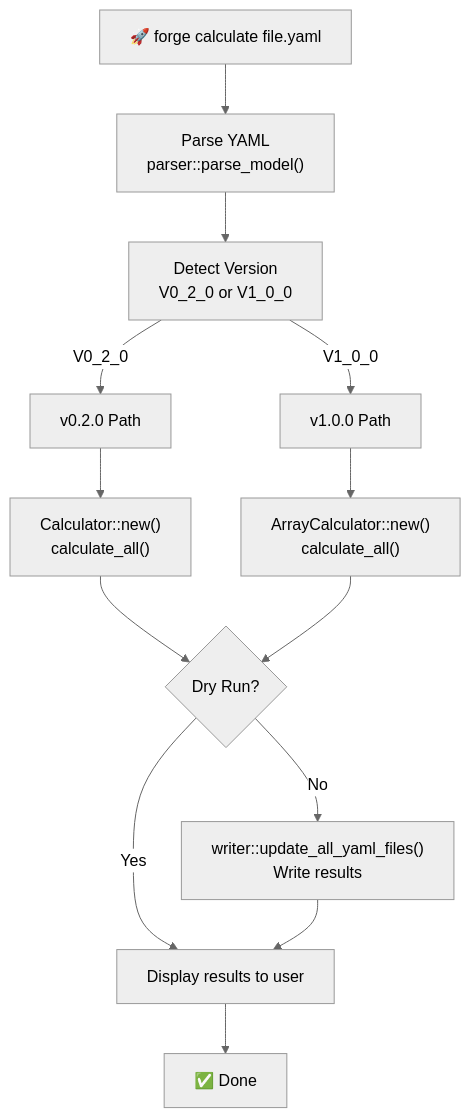
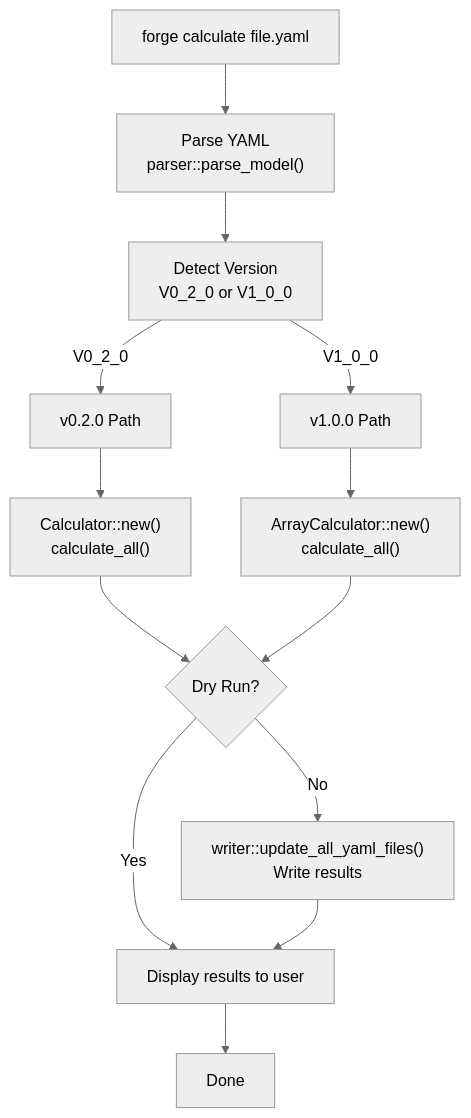
One commit to mollendorff-ai/forge changed the second of 12 diagrams in docs/architecture/01-COMPONENT-ARCHITECTURE.md. Above: the diagram before and after it, drawn with Mermaid (neutral theme). The commit also changed other lines of this file and 20 other files, not shown here.

````diff
--- a/docs/architecture/01-COMPONENT-ARCHITECTURE.md
+++ b/docs/architecture/01-COMPONENT-ARCHITECTURE.md
@@ -211,30 +211,30 @@
 ```mermaid
 graph TB
-    Start["🚀 forge calculate file.yaml"]
+    Start["forge calculate file.yaml"]
     ParseYAML["Parse YAML<br/>parser::parse_model()"]
     DetectVersion["Detect Version<br/>V0_2_0 or V1_0_0"]
 
     V0Branch["v0.2.0 Path"]
     V1Branch["v1.0.0 Path"]
 
     ScalarCalc["Calculator::new()<br/>calculate_all()"]
     ArrayCalc["ArrayCalculator::new()<br/>calculate_all()"]
 
     CheckDryRun{"Dry Run?"}
     UpdateFiles["writer::update_all_yaml_files()<br/>Write results"]
     DisplayResults["Display results to user"]
-    Done["✅ Done"]
+    Done["Done"]
 
     Start --> ParseYAML
     ParseYAML --> DetectVersion
     DetectVersion -->|V0_2_0| V0Branch
     DetectVersion -->|V1_0_0| V1Branch
     V0Branch --> ScalarCalc
     V1Branch --> ArrayCalc
     ScalarCalc --> CheckDryRun
     ArrayCalc --> CheckDryRun
     CheckDryRun -->|No| UpdateFiles
     CheckDryRun -->|Yes| DisplayResults
     UpdateFiles --> DisplayResults
     DisplayResults --> Done
 ```
````
